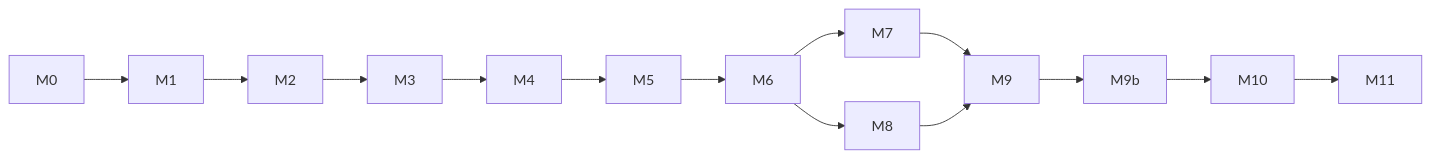
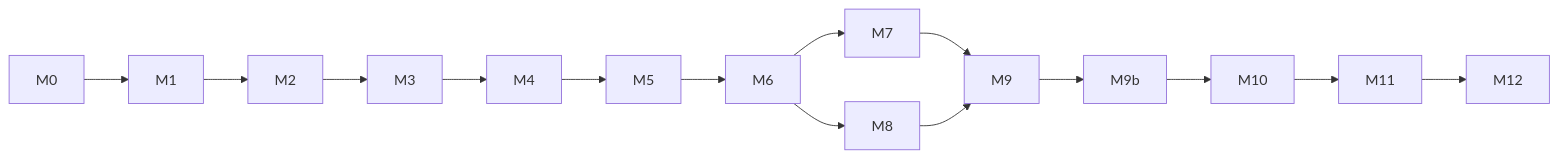
The diagram in PLAN.md (gacevedo/NegSwift), drawn with Mermaid before and after one commit. The commit also changed other lines of this file and 3 other files, not shown here.

````diff
--- a/PLAN.md
+++ b/PLAN.md
@@ -657,9 +733,9 @@
 ```mermaid
 flowchart LR
   M0 --> M1 --> M2 --> M3
   M3 --> M4 --> M5 --> M6 --> M7
   M6 --> M8
   M7 --> M9 --> M9b --> M10
   M8 --> M9
-  M10 --> M11
+  M10 --> M11 --> M12
 ```
````
